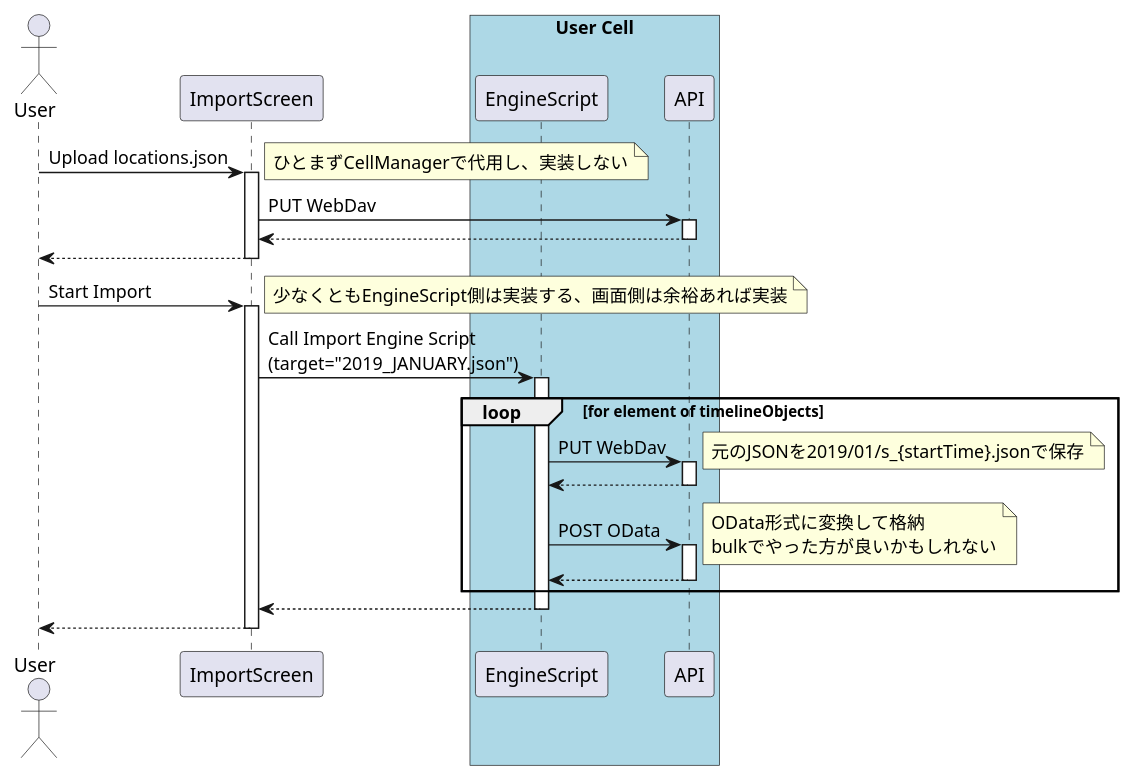
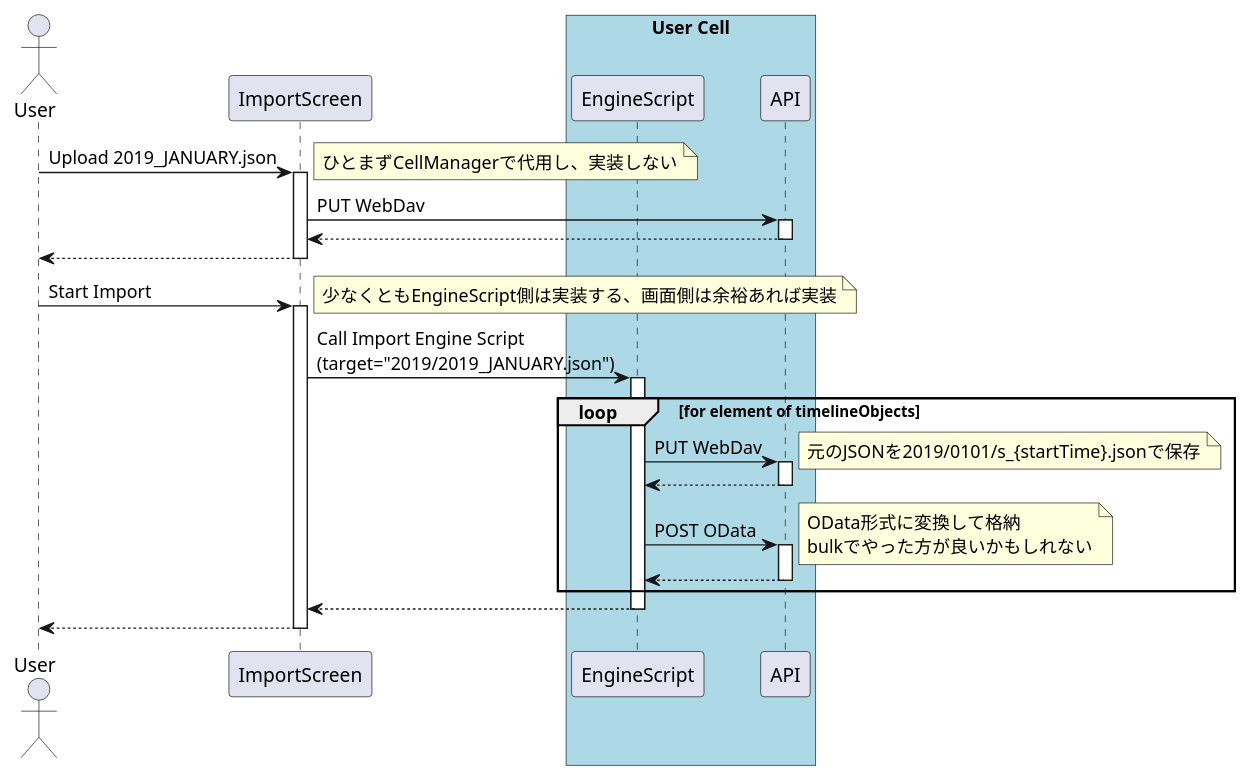
One commit to personium/app-personium-trails changed the diagram in docs/design/import.pu. Above: the diagram before and after it, drawn with PlantUML. The commit also changed 6 other files, not shown here.

```diff
--- a/docs/design/import.pu
+++ b/docs/design/import.pu
@@ -1,44 +1,44 @@
 @startuml ImportScreen
 
 actor User
 participant ImportScreen
 
 box "User Cell" #LightBlue
   participant EngineScript
   participant API
 end box
 
-User -> ImportScreen : Upload locations.json
+User -> ImportScreen : Upload 2019_JANUARY.json
 note right: ひとまずCellManagerで代用し、実装しない
 activate ImportScreen
   ImportScreen -> API : PUT WebDav
   activate API
   ImportScreen <-- API
   deactivate API
 User <-- ImportScreen
 deactivate ImportScreen
 
 User -> ImportScreen : Start Import
 note right: 少なくともEngineScript側は実装する、画面側は余裕あれば実装
 activate ImportScreen
-  ImportScreen -> EngineScript : Call Import Engine Script\n(target="2019_JANUARY.json")
+  ImportScreen -> EngineScript : Call Import Engine Script\n(target="2019/2019_JANUARY.json")
   activate EngineScript
     loop for element of timelineObjects
       EngineScript -> API : PUT WebDav
-      note right: 元のJSONを2019/01/s_{startTime}.jsonで保存
+      note right: 元のJSONを2019/0101/s_{startTime}.jsonで保存
       activate API
       EngineScript <-- API
       deactivate API
 
       EngineScript -> API : POST OData
       note right: OData形式に変換して格納\nbulkでやった方が良いかもしれない
       activate API
       EngineScript <-- API
       deactivate API
     end
   ImportScreen <-- EngineScript
   deactivate EngineScript
 User <-- ImportScreen
 deactivate ImportScreen
 
 @enduml
```
